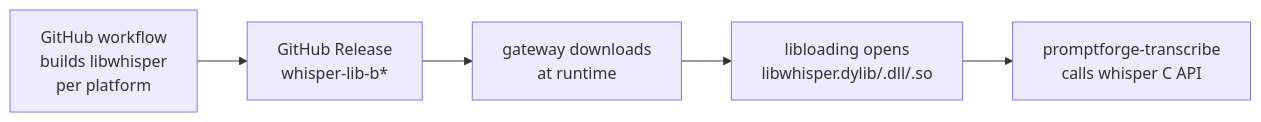
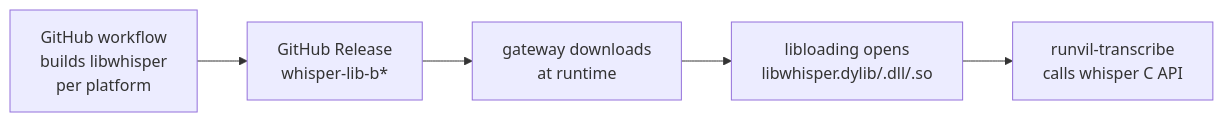
Before and after one commit to cppalliance/promptforge: the diagram in vibe/2026-09/2026-09-02-3-whisper-shared-lib.md, drawn with Mermaid. The commit also changed other lines of this file and 1573 other files, not shown here.

````diff
--- a/vibe/2026-09/2026-09-02-3-whisper-shared-lib.md
+++ b/vibe/2026-09/2026-09-02-3-whisper-shared-lib.md
@@ -54,7 +54,7 @@
 ```mermaid
 flowchart LR
   ghBuild["GitHub workflow\nbuilds libwhisper\nper platform"] --> release["GitHub Release\nwhisper-lib-b*"]
   release --> download["gateway downloads\nat runtime"]
   download --> load["libloading opens\nlibwhisper.dylib/.dll/.so"]
-  load --> transcribe["promptforge-transcribe\ncalls whisper C API"]
+  load --> transcribe["runvil-transcribe\ncalls whisper C API"]
 ```
````
